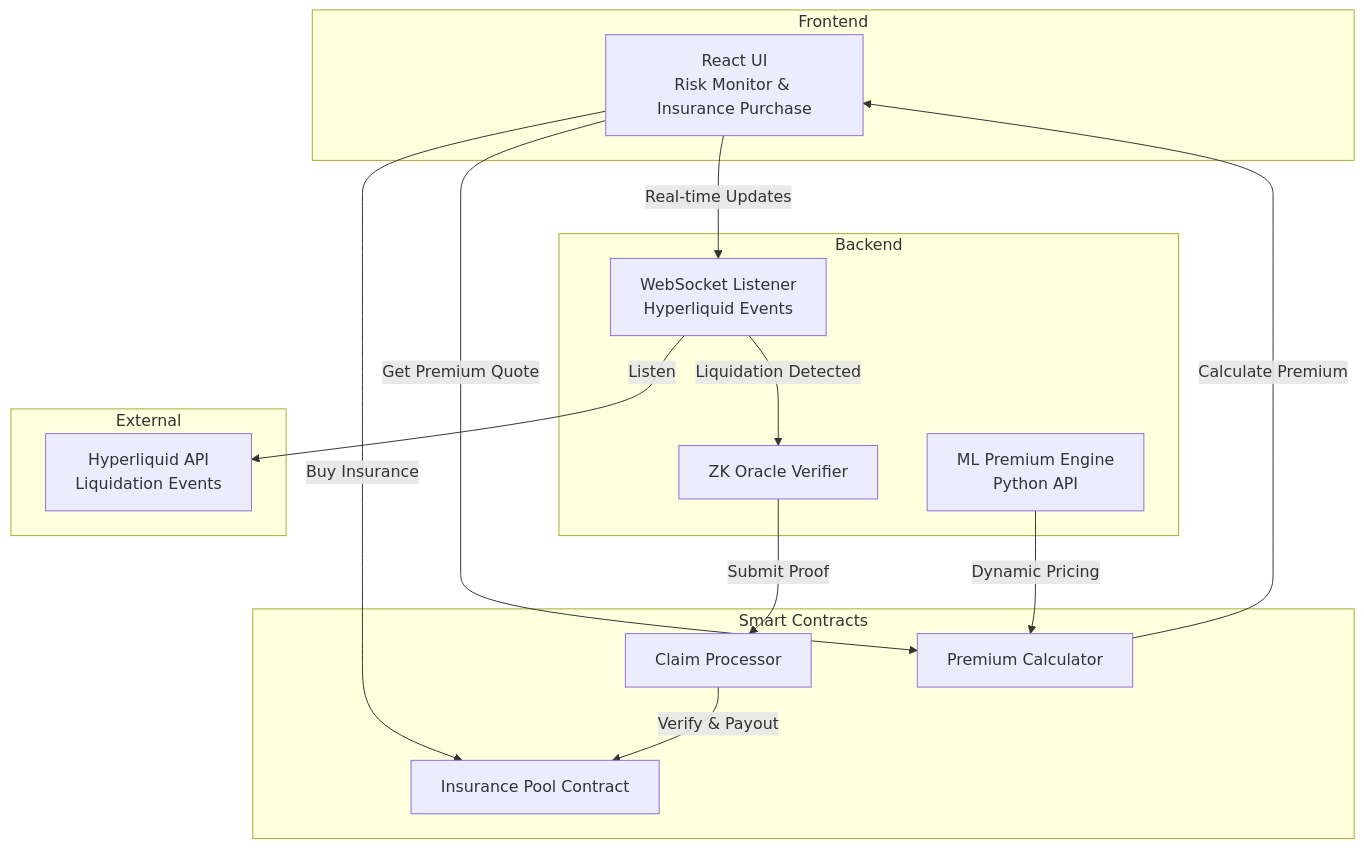
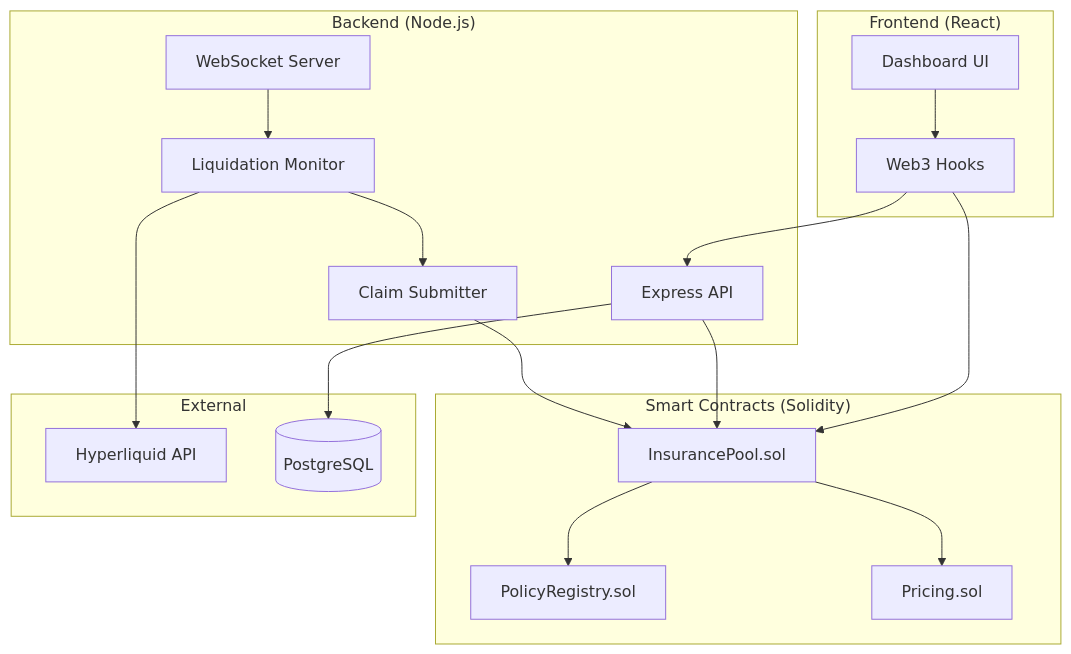
Before and after one commit to hong-kao/safekeeper: the diagram in README.md, drawn with Mermaid. The commit also changed other lines of this file and 15 other files, not shown here.

````diff
--- a/README.md
+++ b/README.md
@@ -80,34 +76,40 @@
 ```mermaid
 graph TB
-    subgraph Frontend
-        UI[React UI<br/>Risk Monitor & Insurance Purchase]
+    subgraph Frontend["Frontend (React)"]
+        UI[Dashboard UI]
+        Hooks[Web3 Hooks]
     end
     
-    subgraph Smart Contracts
-        Pool[Insurance Pool Contract]
-        Premium[Premium Calculator]
-        Claims[Claim Processor]
+    subgraph Backend["Backend (Node.js)"]
+        API[Express API]
+        WS[WebSocket Server]
+        Monitor[Liquidation Monitor]
+        Claims[Claim Submitter]
     end
     
-    subgraph Backend
-        WS[WebSocket Listener<br/>Hyperliquid Events]
-        ZK[ZK Oracle Verifier]
-        ML[ML Premium Engine<br/>Python API]
+    subgraph Contracts["Smart Contracts (Solidity)"]
+        Pool[InsurancePool.sol]
+        Registry[PolicyRegistry.sol]
+        Pricing[Pricing.sol]
     end
     
-    subgraph External
-        HL[Hyperliquid API<br/>Liquidation Events]
+    subgraph External["External"]
+        HL[Hyperliquid API]
+        DB[(PostgreSQL)]
     end
     
-    UI -->|Buy Insurance| Pool
-    UI -->|Get Premium Quote| Premium
-    UI -->|Real-time Updates| WS
+    UI --> Hooks
+    Hooks --> Pool
+    Hooks --> API
     
-    WS -->|Listen| HL
-    WS -->|Liquidation Detected| ZK
-    ZK -->|Submit Proof| Claims
-    Claims -->|Verify & Payout| Pool
+    API --> DB
+    API --> Pool
     
-    ML -->|Dynamic Pricing| Premium
-    Premium -->|Calculate Premium| UI
+    WS --> Monitor
+    Monitor --> HL
+    Monitor --> Claims
+    Claims --> Pool
+    
+    Pool --> Registry
+    Pool --> Pricing
 ```
````
